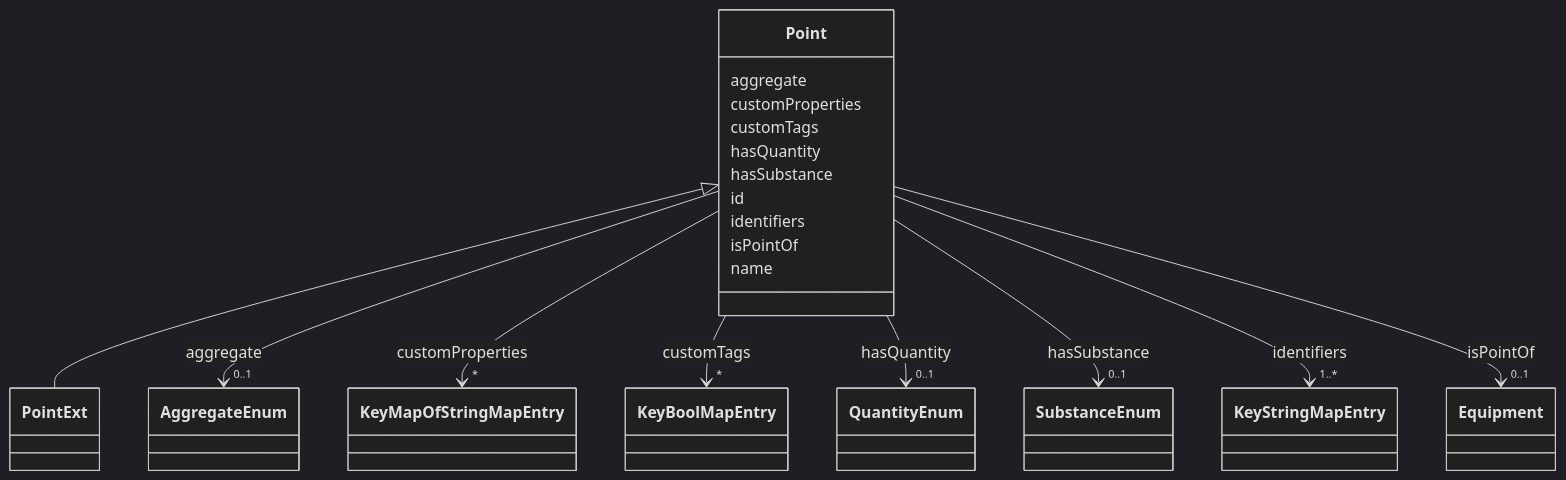
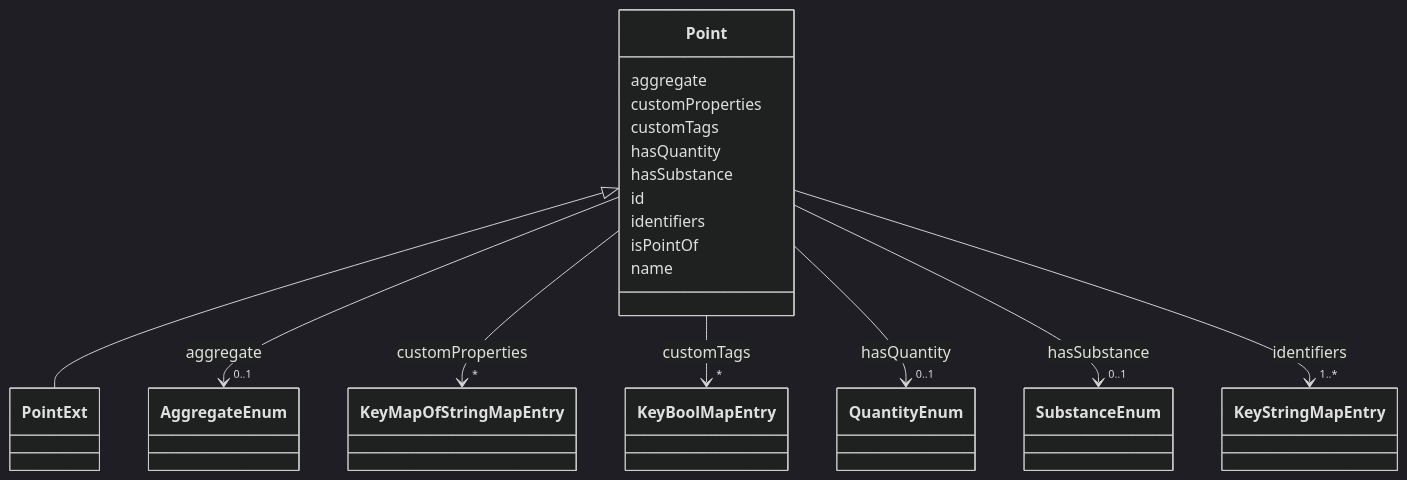
One commit to takashikasuya/smartbuiding_ontology changed the diagram in docs/Point.md. Above: the diagram before and after it, drawn with Mermaid (dark theme). The commit also changed other lines of this file and 81 other files, not shown here.

Commit message:
LinkMLスキーマ更新に伴う生成物・ドキュメント更新、およびサンプル追加（2026-01-07） - schema/building_model.yaml 更新 - output: OWL/SHACL/JSON Schema 再生成 - docs: LinkMLドキュメント再生成 - Makefile/README 更新 - sample/ 追加 - reports/change-report-2026-01-07.md 追加

```diff
--- a/docs/Point.md
+++ b/docs/Point.md
@@ -92,15 +92,6 @@
         
       Point : isPointOf
         
-          
-    
-        
-        
-        Point --> "0..1" Equipment : isPointOf
-        click Equipment href "../Equipment/"
-    
-
-        
       Point : name
         
       
```
